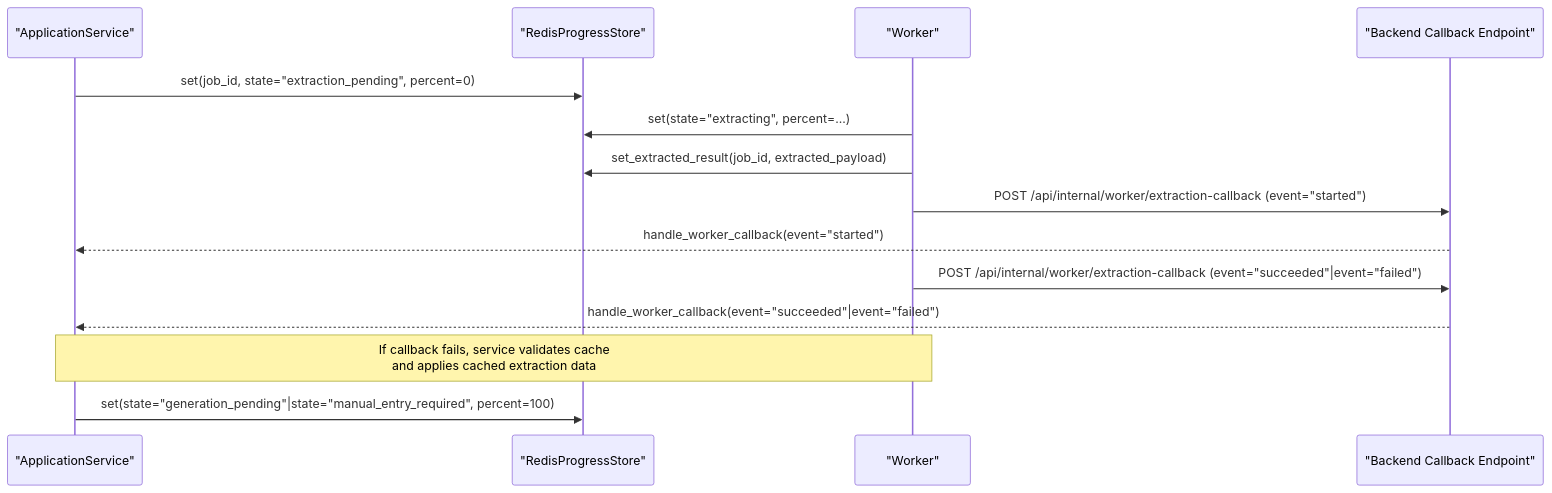
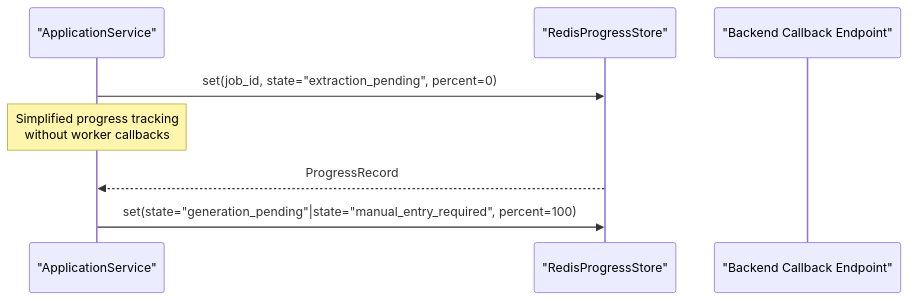
One commit to sankaL/resume-app changed the fifth of 8 diagrams in .qoder/repowiki/en/content/Backend API/Service Layer/Application Manager Service.md. Above: the diagram before and after it, drawn with Mermaid. The commit also changed other lines of this file and 7 other files, not shown here.

````diff
--- a/.qoder/repowiki/en/content/Backend API/Service Layer/Application Manager Service.md
+++ b/.qoder/repowiki/en/content/Backend API/Service Layer/Application Manager Service.md
@@ -509,16 +232,10 @@
 ```mermaid
 sequenceDiagram
 participant Svc as "ApplicationService"
 participant Prog as "RedisProgressStore"
-participant W as "Worker"
 participant API as "Backend Callback Endpoint"
 Svc->>Prog : set(job_id, state="extraction_pending", percent=0)
-W->>Prog : set(state="extracting", percent=...)
-W->>Prog : set_extracted_result(job_id, extracted_payload)
-W->>API : POST /api/internal/worker/extraction-callback (event="started")
-API-->>Svc : handle_worker_callback(event="started")
-W->>API : POST /api/internal/worker/extraction-callback (event="succeeded"|event="failed")
-API-->>Svc : handle_worker_callback(event="succeeded"|event="failed")
-Note over Svc,W : If callback fails, service validates cache<br/>and applies cached extraction data
+Note over Svc : Simplified progress tracking<br/>without worker callbacks
+Prog-->>Svc : ProgressRecord
 Svc->>Prog : set(state="generation_pending"|state="manual_entry_required", percent=100)
 ```
````
